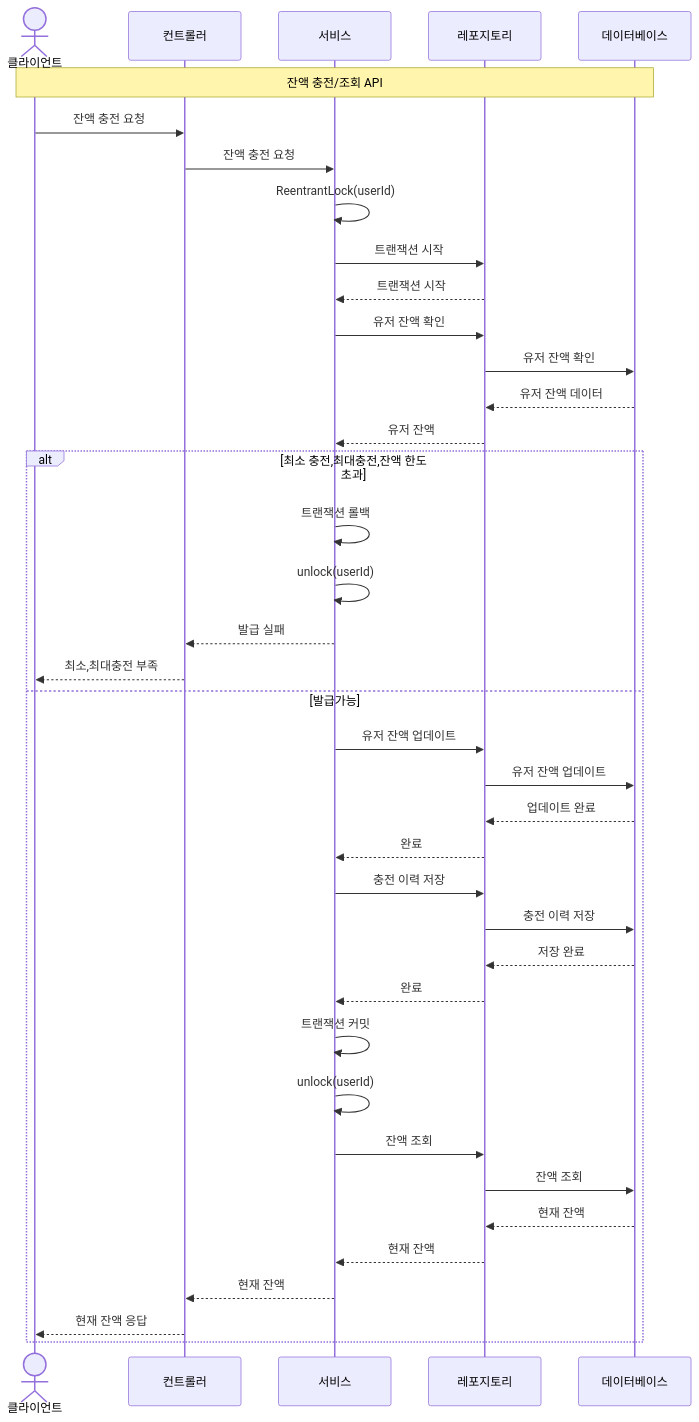
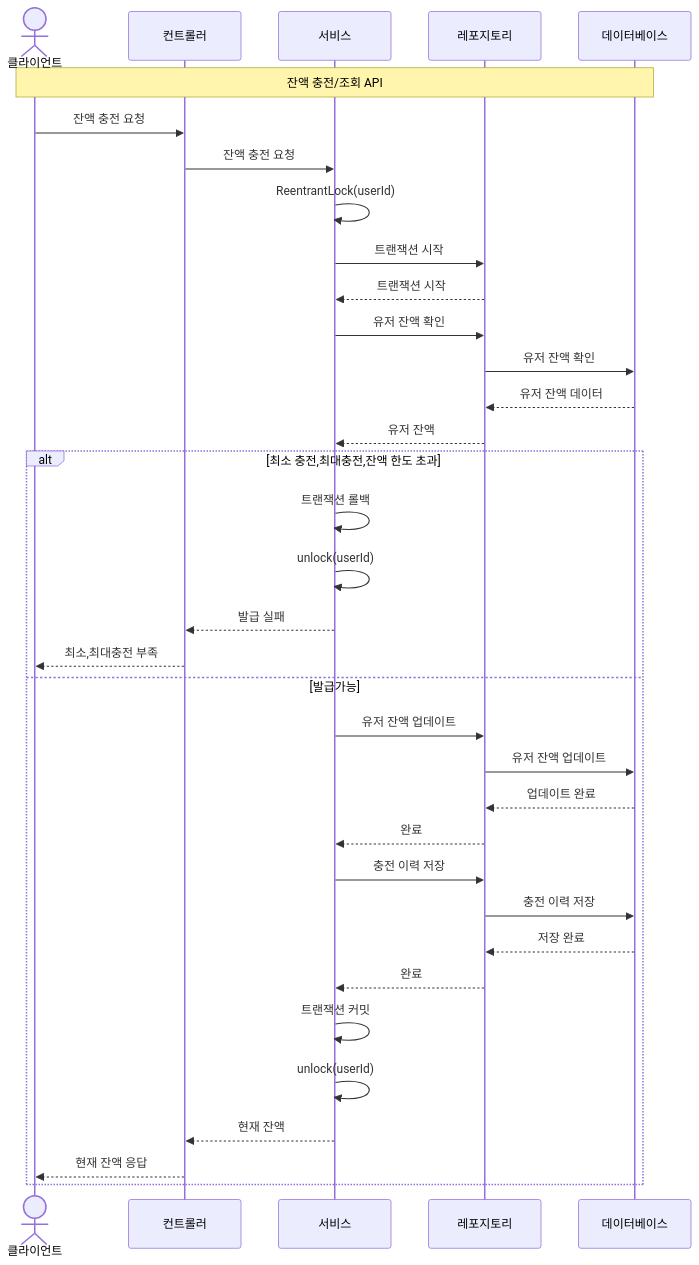
One commit to HAONMIK1/server changed the second of 7 diagrams in .docs/sequence.md. Above: the diagram before and after it, drawn with Mermaid. The commit also changed other lines of this file and 46 other files, not shown here.

````diff
--- a/.docs/sequence.md
+++ b/.docs/sequence.md
@@ -2,55 +25,51 @@
 ```mermaid
 sequenceDiagram
     actor  클라이언트
     participant 컨트롤러
     participant 서비스
     participant 레포지토리
     participant 데이터베이스
 
 
     Note over 클라이언트,데이터베이스: 잔액 충전/조회 API
 
     클라이언트->>컨트롤러: 잔액 충전 요청
     컨트롤러->>서비스: 잔액 충전 요청
 
     서비스->>서비스: ReentrantLock(userId)
 
     서비스->>레포지토리: 트랜잭션 시작
     레포지토리-->>서비스: 트랜잭션 시작
 
     서비스->>레포지토리: 유저 잔액 확인
     레포지토리->>데이터베이스: 유저 잔액 확인
     데이터베이스-->>레포지토리: 유저 잔액 데이터
     레포지토리-->>서비스: 유저 잔액
 
     alt 최소 충전,최대충전,잔액 한도 초과
         서비스->>서비스: 트랜잭션 롤백
         서비스->>서비스: unlock(userId)
         서비스-->>컨트롤러: 발급 실패
         컨트롤러-->>클라이언트: 최소,최대충전 부족
     else 발급가능
         서비스->>레포지토리: 유저 잔액 업데이트
         레포지토리->>데이터베이스: 유저 잔액 업데이트
         데이터베이스-->>레포지토리: 업데이트 완료
         레포지토리-->>서비스: 완료
 
         서비스->>레포지토리: 충전 이력 저장
         레포지토리->>데이터베이스: 충전 이력 저장
         데이터베이스-->>레포지토리: 저장 완료
         레포지토리-->>서비스: 완료
 
         서비스->>서비스: 트랜잭션 커밋
         서비스->>서비스: unlock(userId)
 
-        서비스->>레포지토리: 잔액 조회
-        레포지토리->>데이터베이스: 잔액 조회
-        데이터베이스-->>레포지토리: 현재 잔액
-        레포지토리-->>서비스:  현재 잔액
         서비스-->>컨트롤러:  현재 잔액
         컨트롤러-->>클라이언트:  현재 잔액 응답
 
     end
 
 
 
  ``` 
````
